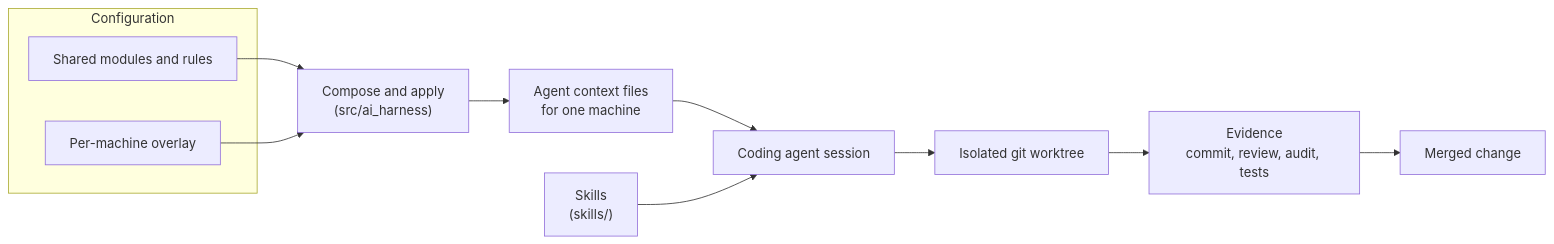
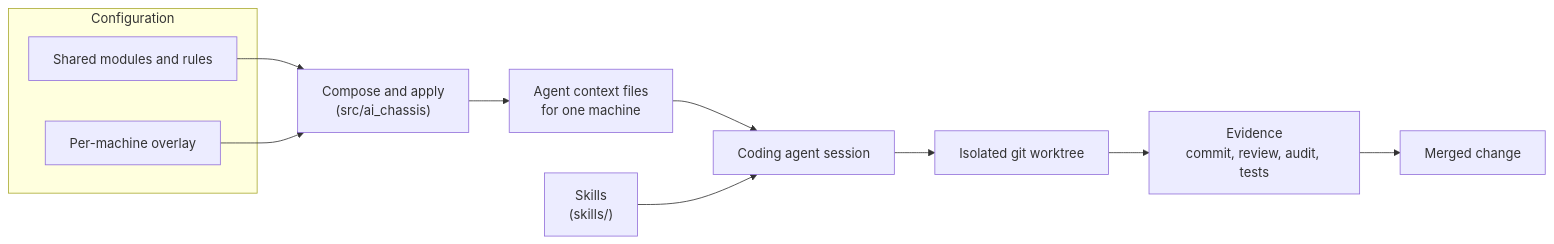
The first of 2 diagrams in README.md (sergeiwallace/ai-chassis), drawn with Mermaid before and after one commit. The commit also changed other lines of this file and 282 other files, not shown here.

````diff
--- a/README.md
+++ b/README.md
@@ -63,15 +62,15 @@
 ```mermaid
 flowchart LR
     subgraph config["Configuration"]
         modules["Shared modules and rules"]
         overlay["Per-machine overlay"]
     end
-    modules --> compose["Compose and apply<br/>(src/ai_harness)"]
+    modules --> compose["Compose and apply<br/>(src/ai_chassis)"]
     overlay --> compose
     compose --> context["Agent context files<br/>for one machine"]
     context --> agent["Coding agent session"]
     skills["Skills<br/>(skills/)"] --> agent
     agent --> work["Isolated git worktree"]
     work --> evidence["Evidence<br/>commit, review, audit, tests"]
     evidence --> main["Merged change"]
 ```
````
